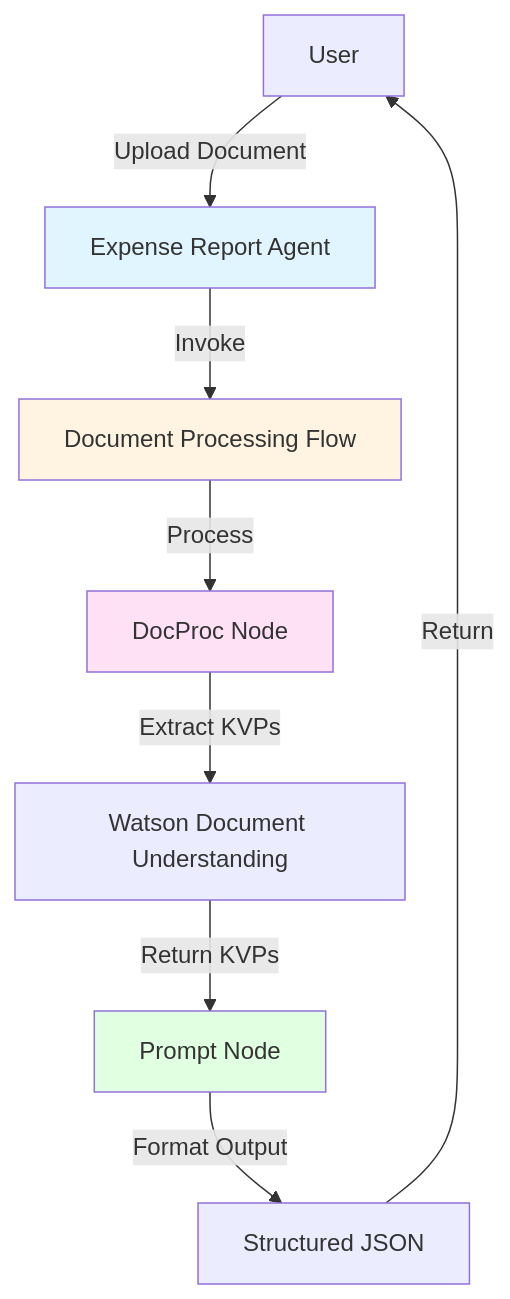
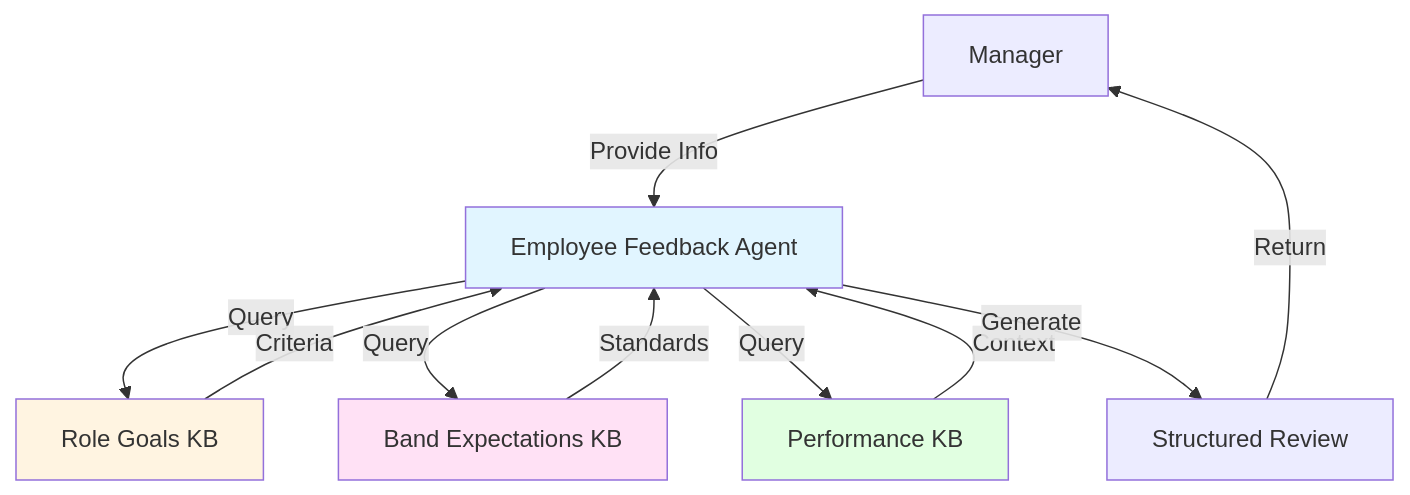
The diagram in README.md (Tadanntlewis/employee-feedback-agent), drawn with Mermaid before and after one commit. The commit also changed other lines of this file and 5 other files, not shown here.

Commit message:
Remove expense report agent files and update README for employee feedback agent only

````diff
--- a/README.md
+++ b/README.md
@@ -14,15 +15,17 @@
 ```mermaid
 graph TB
-    User[User] -->|Upload Document| Agent[Expense Report Agent]
-    Agent -->|Invoke| Flow[Document Processing Flow]
-    Flow -->|Process| DocProc[DocProc Node]
-    DocProc -->|Extract KVPs| WDU[Watson Document Understanding]
-    WDU -->|Return KVPs| Format[Prompt Node]
-    Format -->|Format Output| Output[Structured JSON]
-    Output -->|Return| User
+    Manager[Manager] -->|Provide Info| Agent[Employee Feedback Agent]
+    Agent -->|Query| RoleKB[Role Goals KB]
+    Agent -->|Query| BandKB[Band Expectations KB]
+    Agent -->|Query| PerfKB[Performance KB]
+    RoleKB -->|Criteria| Agent
+    BandKB -->|Standards| Agent
+    PerfKB -->|Context| Agent
+    Agent -->|Generate| Review[Structured Review]
+    Review -->|Return| Manager
     
     style Agent fill:#e1f5ff
-    style Flow fill:#fff4e1
-    style DocProc fill:#ffe1f5
-    style Format fill:#e1ffe1
+    style RoleKB fill:#fff4e1
+    style BandKB fill:#ffe1f5
+    style PerfKB fill:#e1ffe1
 ```
````
